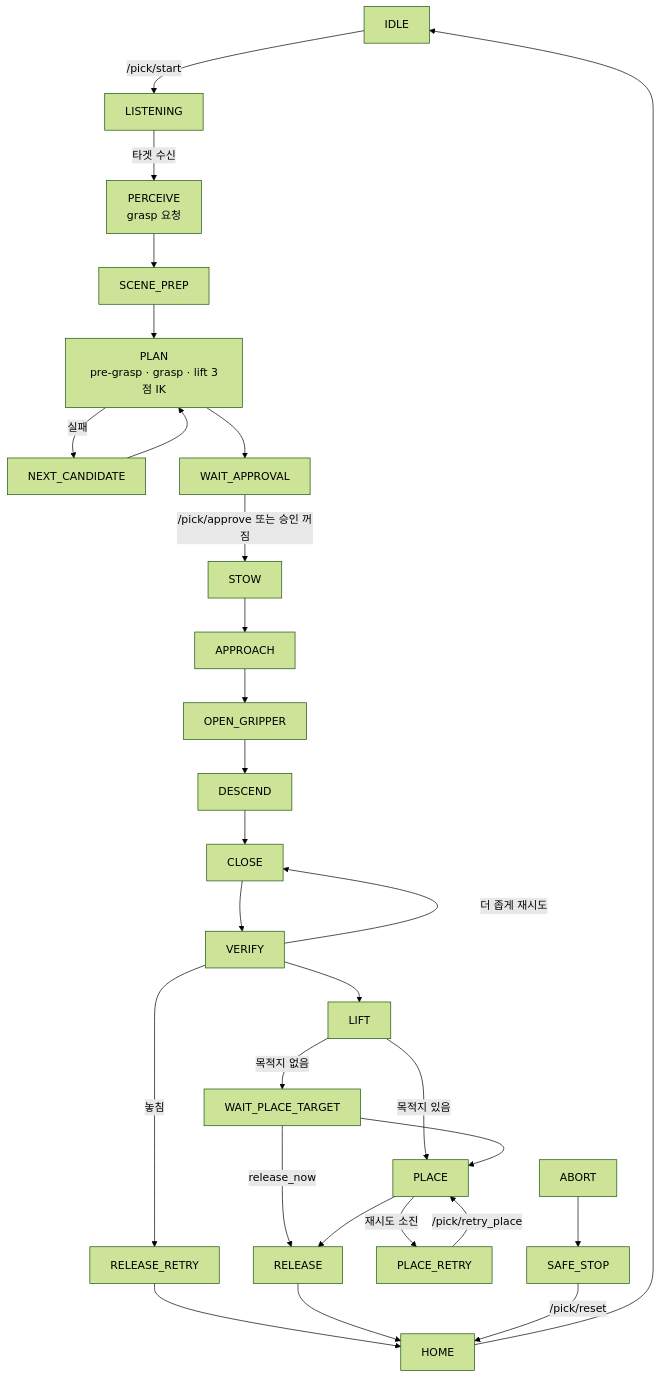
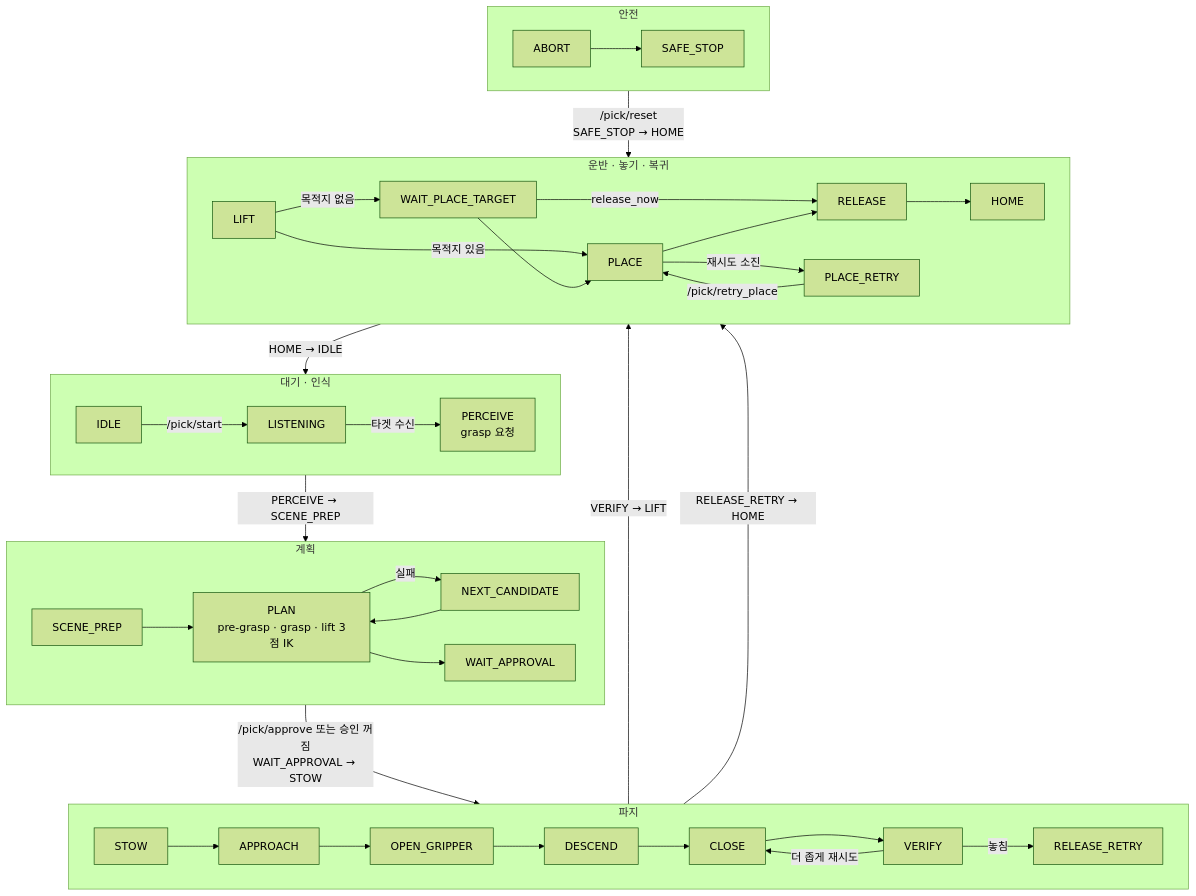
Before and after one commit to gwanhuiGIM/Rokey_cobot2: the second of 2 diagrams in README.md, drawn with Mermaid (forest theme). The commit also changed other lines of this file, not shown here.

Commit message:
README: 구성도·흐름도를 기능 단위로 묶고 접음

````diff
--- a/README.md
+++ b/README.md
@@ -184,17 +191,37 @@
 ```mermaid
-flowchart TD
-    IDLE -->|/pick/start| LISTENING
-    LISTENING -->|타겟 수신| PERCEIVE["PERCEIVE<br/>grasp 요청"]
-    PERCEIVE --> SCENE_PREP --> PLAN["PLAN<br/>pre-grasp · grasp · lift 3점 IK"]
-    PLAN -->|실패| NEXT_CANDIDATE --> PLAN
-    PLAN --> WAIT_APPROVAL -->|/pick/approve 또는 승인 꺼짐| STOW --> APPROACH --> OPEN_GRIPPER --> DESCEND --> CLOSE --> VERIFY
-    VERIFY -->|더 좁게 재시도| CLOSE
-    VERIFY -->|놓침| RELEASE_RETRY --> HOME
-    VERIFY --> LIFT
-    LIFT -->|목적지 있음| PLACE
-    LIFT -->|목적지 없음| WAIT_PLACE_TARGET --> PLACE
-    WAIT_PLACE_TARGET -->|release_now| RELEASE
-    PLACE -->|재시도 소진| PLACE_RETRY -->|/pick/retry_place| PLACE
-    PLACE --> RELEASE --> HOME --> IDLE
-    ABORT --> SAFE_STOP -->|/pick/reset| HOME
+flowchart TB
+    subgraph G1["대기 · 인식"]
+        direction LR
+        IDLE -->|/pick/start| LISTENING -->|타겟 수신| PERCEIVE["PERCEIVE<br/>grasp 요청"]
+    end
+    subgraph G2["계획"]
+        direction LR
+        SCENE_PREP --> PLAN["PLAN<br/>pre-grasp · grasp · lift 3점 IK"]
+        PLAN -->|실패| NEXT_CANDIDATE --> PLAN
+        PLAN --> WAIT_APPROVAL
+    end
+    subgraph G3["파지"]
+        direction LR
+        STOW --> APPROACH --> OPEN_GRIPPER --> DESCEND --> CLOSE --> VERIFY
+        VERIFY -->|더 좁게 재시도| CLOSE
+        VERIFY -->|놓침| RELEASE_RETRY
+    end
+    subgraph G4["운반 · 놓기 · 복귀"]
+        direction LR
+        LIFT -->|목적지 있음| PLACE
+        LIFT -->|목적지 없음| WAIT_PLACE_TARGET --> PLACE
+        WAIT_PLACE_TARGET -->|release_now| RELEASE
+        PLACE -->|재시도 소진| PLACE_RETRY -->|/pick/retry_place| PLACE
+        PLACE --> RELEASE --> HOME
+    end
+    subgraph G5["안전"]
+        direction LR
+        ABORT --> SAFE_STOP
+    end
+    G1 -->|"PERCEIVE → SCENE_PREP"| G2
+    G2 -->|"/pick/approve 또는 승인 꺼짐<br/>WAIT_APPROVAL → STOW"| G3
+    G3 -->|"VERIFY → LIFT"| G4
+    G3 -->|"RELEASE_RETRY → HOME"| G4
+    G5 -->|"/pick/reset<br/>SAFE_STOP → HOME"| G4
+    G4 -->|"HOME → IDLE"| G1
 ```
````
